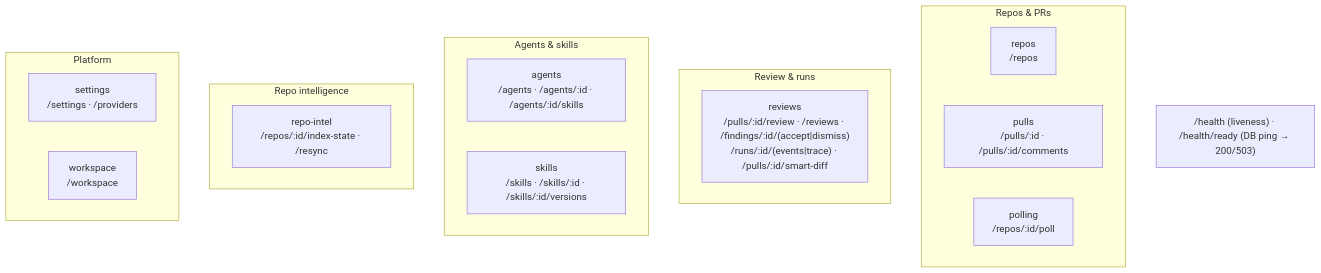
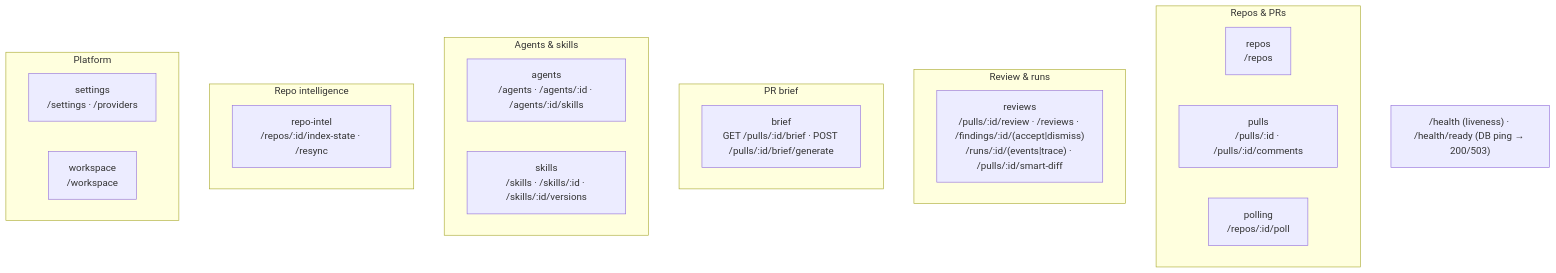
The second of 2 diagrams in server/README.md (shabetya/dev-digest-shabetya), drawn with Mermaid before and after one commit. The commit also changed 53 other files, not shown here.

````diff
--- a/server/README.md
+++ b/server/README.md
@@ -64,23 +64,26 @@
 ```mermaid
 flowchart TB
   subgraph Repos_PRs["Repos & PRs"]
     repos["repos<br/>/repos"]
     pulls["pulls<br/>/pulls/:id · /pulls/:id/comments"]
     polling["polling<br/>/repos/:id/poll"]
   end
   subgraph Review["Review & runs"]
     reviews["reviews<br/>/pulls/:id/review · /reviews · /findings/:id/(accept|dismiss)<br/>/runs/:id/(events|trace) · /pulls/:id/smart-diff"]
+  end
+  subgraph Brief["PR brief"]
+    brief["brief<br/>GET /pulls/:id/brief · POST /pulls/:id/brief/generate"]
   end
   subgraph Agents["Agents & skills"]
     agents["agents<br/>/agents · /agents/:id · /agents/:id/skills"]
     skills["skills<br/>/skills · /skills/:id · /skills/:id/versions"]
   end
   subgraph Intel["Repo intelligence"]
     repoIntel["repo-intel<br/>/repos/:id/index-state · /resync"]
   end
   subgraph Platform["Platform"]
     settings["settings<br/>/settings · /providers"]
     workspace["workspace<br/>/workspace"]
   end
   HEALTH["/health (liveness) · /health/ready (DB ping → 200/503)"]
 ```
````
